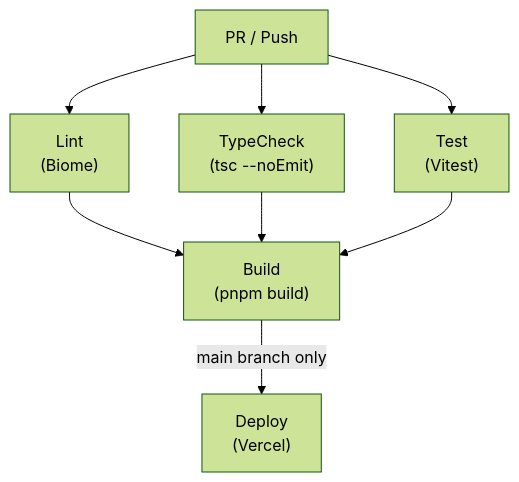
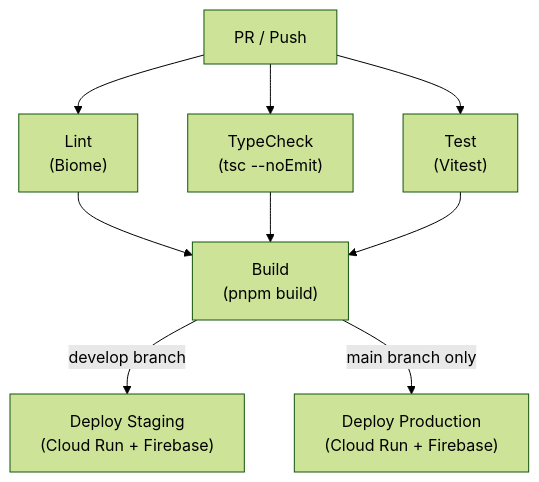
Before and after one commit to krtw00/duel-log-app: the diagram in docs/06-deployment/ci-cd.md, drawn with Mermaid (forest theme). The commit also changed other lines of this file and 15 other files, not shown here.

Commit message:
feat: add google staging for develop

````diff
--- a/docs/06-deployment/ci-cd.md
+++ b/docs/06-deployment/ci-cd.md
@@ -31,10 +31,11 @@
 ```mermaid
 flowchart TD
     trigger["PR / Push"] --> lint["Lint<br/>(Biome)"]
     trigger --> typecheck["TypeCheck<br/>(tsc --noEmit)"]
     trigger --> test["Test<br/>(Vitest)"]
     lint --> build["Build<br/>(pnpm build)"]
     typecheck --> build
     test --> build
-    build -->|main branch only| deploy["Deploy<br/>(Vercel)"]
+    build -->|develop branch| staging["Deploy Staging<br/>(Cloud Run + Firebase)"]
+    build -->|main branch only| deploy["Deploy Production<br/>(Cloud Run + Firebase)"]
 ```
````
